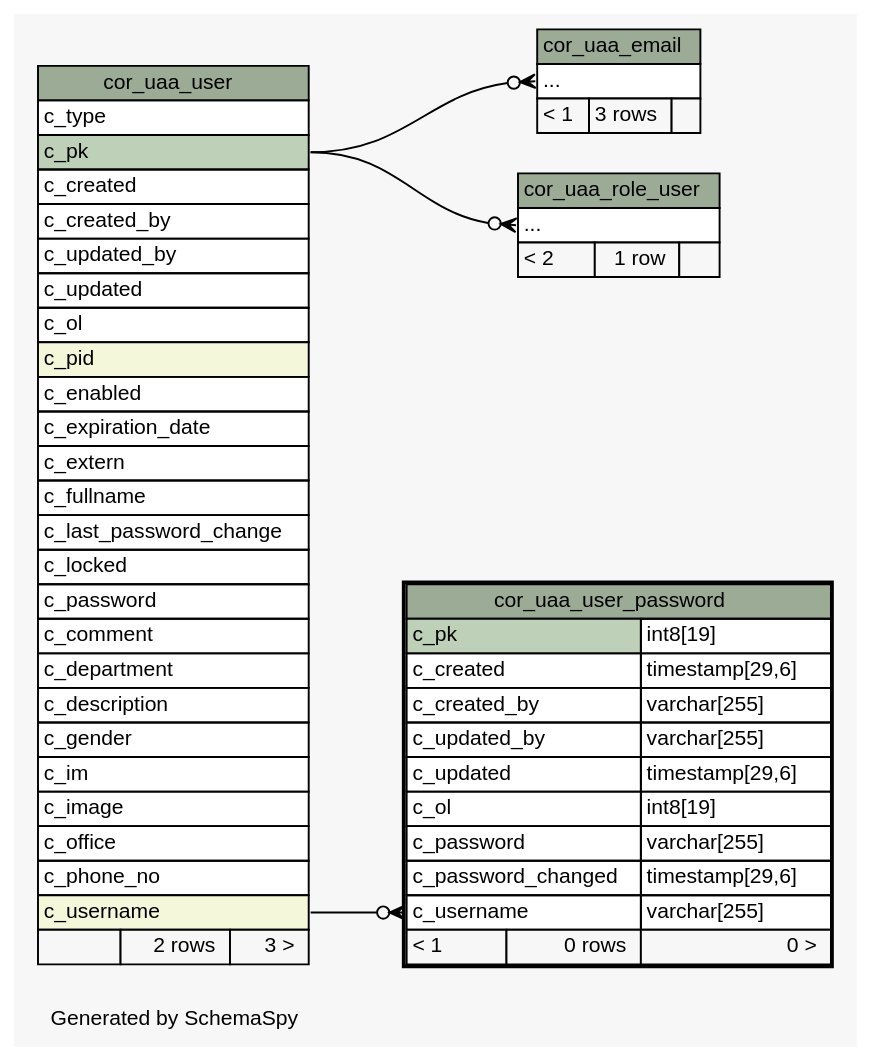
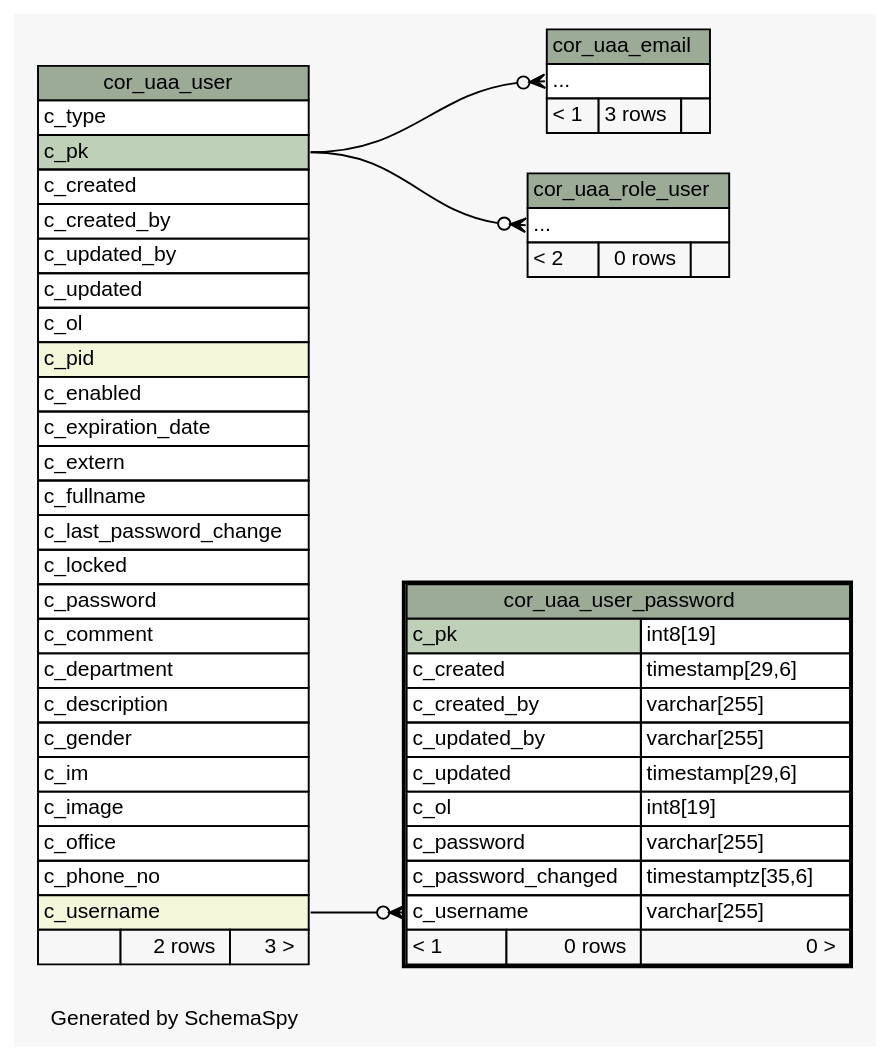
The diagram in 2.0.0-SNAPSHOT/schemaspy/diagrams/cor_uaa_user_password.2degrees.dot (openwms/org.openwms.core.uaa.lib), drawn with Graphviz before and after one commit. The commit also changed 236 other files, not shown here.

```diff
--- a/2.0.0-SNAPSHOT/schemaspy/diagrams/cor_uaa_user_password.2degrees.dot
+++ b/2.0.0-SNAPSHOT/schemaspy/diagrams/cor_uaa_user_password.2degrees.dot
@@ -1,96 +1,96 @@
-// dot 2.43.0 on Linux 6.5.0-1016-azure
+// dot 2.43.0 on Linux 6.5.0-1022-azure
 // SchemaSpy rev Unknown
 digraph "twoDegreesRelationshipsDiagram" {
   graph [
     rankdir="RL"
     bgcolor="#f7f7f7"
     label="\nGenerated by SchemaSpy"
     labeljust="l"
     nodesep="0.18"
     ranksep="0.46"
     fontname="Helvetica"
     fontsize="11"
   ];
   node [
     fontname="Helvetica"
     fontsize="11"
     shape="plaintext"
   ];
   edge [
     arrowsize="0.8"
   ];
   "cor_uaa_email":"elipses":w -> "cor_uaa_user":"c_pk":e [arrowhead=none dir=back arrowtail=crowodot];
   "cor_uaa_role_user":"elipses":w -> "cor_uaa_user":"c_pk":e [arrowhead=none dir=back arrowtail=crowodot];
   "cor_uaa_user_password":"c_username":w -> "cor_uaa_user":"c_username":e [arrowhead=none dir=back arrowtail=crowodot];
   "cor_uaa_email" [
     label=<
     <TABLE BORDER="0" CELLBORDER="1" CELLSPACING="0" BGCOLOR="#ffffff">
       <TR><TD COLSPAN="3" BGCOLOR="#9bab96" ALIGN="CENTER">cor_uaa_email</TD></TR>
       <TR><TD PORT="elipses" COLSPAN="3" ALIGN="LEFT">...</TD></TR>
       <TR><TD ALIGN="LEFT" BGCOLOR="#f7f7f7">&lt; 1</TD><TD ALIGN="RIGHT" BGCOLOR="#f7f7f7">3 rows</TD><TD ALIGN="RIGHT" BGCOLOR="#f7f7f7">  </TD></TR>
     </TABLE>>
     URL="cor_uaa_email.html"
     tooltip="cor_uaa_email"
   ];
   "cor_uaa_role_user" [
     label=<
     <TABLE BORDER="0" CELLBORDER="1" CELLSPACING="0" BGCOLOR="#ffffff">
       <TR><TD COLSPAN="3" BGCOLOR="#9bab96" ALIGN="CENTER">cor_uaa_role_user</TD></TR>
       <TR><TD PORT="elipses" COLSPAN="3" ALIGN="LEFT">...</TD></TR>
-      <TR><TD ALIGN="LEFT" BGCOLOR="#f7f7f7">&lt; 2</TD><TD ALIGN="RIGHT" BGCOLOR="#f7f7f7">1 row</TD><TD ALIGN="RIGHT" BGCOLOR="#f7f7f7">  </TD></TR>
+      <TR><TD ALIGN="LEFT" BGCOLOR="#f7f7f7">&lt; 2</TD><TD ALIGN="RIGHT" BGCOLOR="#f7f7f7">0 rows</TD><TD ALIGN="RIGHT" BGCOLOR="#f7f7f7">  </TD></TR>
     </TABLE>>
     URL="cor_uaa_role_user.html"
     tooltip="cor_uaa_role_user"
   ];
   "cor_uaa_user" [
     label=<
     <TABLE BORDER="0" CELLBORDER="1" CELLSPACING="0" BGCOLOR="#ffffff">
       <TR><TD COLSPAN="3" BGCOLOR="#9bab96" ALIGN="CENTER">cor_uaa_user</TD></TR>
       <TR><TD PORT="c_type" COLSPAN="3" ALIGN="LEFT">c_type</TD></TR>
       <TR><TD PORT="c_pk" COLSPAN="3" BGCOLOR="#bed1b8" ALIGN="LEFT">c_pk</TD></TR>
       <TR><TD PORT="c_created" COLSPAN="3" ALIGN="LEFT">c_created</TD></TR>
       <TR><TD PORT="c_created_by" COLSPAN="3" ALIGN="LEFT">c_created_by</TD></TR>
       <TR><TD PORT="c_updated_by" COLSPAN="3" ALIGN="LEFT">c_updated_by</TD></TR>
       <TR><TD PORT="c_updated" COLSPAN="3" ALIGN="LEFT">c_updated</TD></TR>
       <TR><TD PORT="c_ol" COLSPAN="3" ALIGN="LEFT">c_ol</TD></TR>
       <TR><TD PORT="c_pid" COLSPAN="3" BGCOLOR="#f4f7da" ALIGN="LEFT">c_pid</TD></TR>
       <TR><TD PORT="c_enabled" COLSPAN="3" ALIGN="LEFT">c_enabled</TD></TR>
       <TR><TD PORT="c_expiration_date" COLSPAN="3" ALIGN="LEFT">c_expiration_date</TD></TR>
       <TR><TD PORT="c_extern" COLSPAN="3" ALIGN="LEFT">c_extern</TD></TR>
       <TR><TD PORT="c_fullname" COLSPAN="3" ALIGN="LEFT">c_fullname</TD></TR>
       <TR><TD PORT="c_last_password_change" COLSPAN="3" ALIGN="LEFT">c_last_password_change</TD></TR>
       <TR><TD PORT="c_locked" COLSPAN="3" ALIGN="LEFT">c_locked</TD></TR>
       <TR><TD PORT="c_password" COLSPAN="3" ALIGN="LEFT">c_password</TD></TR>
       <TR><TD PORT="c_comment" COLSPAN="3" ALIGN="LEFT">c_comment</TD></TR>
       <TR><TD PORT="c_department" COLSPAN="3" ALIGN="LEFT">c_department</TD></TR>
       <TR><TD PORT="c_description" COLSPAN="3" ALIGN="LEFT">c_description</TD></TR>
       <TR><TD PORT="c_gender" COLSPAN="3" ALIGN="LEFT">c_gender</TD></TR>
       <TR><TD PORT="c_im" COLSPAN="3" ALIGN="LEFT">c_im</TD></TR>
       <TR><TD PORT="c_image" COLSPAN="3" ALIGN="LEFT">c_image</TD></TR>
       <TR><TD PORT="c_office" COLSPAN="3" ALIGN="LEFT">c_office</TD></TR>
       <TR><TD PORT="c_phone_no" COLSPAN="3" ALIGN="LEFT">c_phone_no</TD></TR>
       <TR><TD PORT="c_username" COLSPAN="3" BGCOLOR="#f4f7da" ALIGN="LEFT">c_username</TD></TR>
       <TR><TD ALIGN="LEFT" BGCOLOR="#f7f7f7">  </TD><TD ALIGN="RIGHT" BGCOLOR="#f7f7f7">2 rows</TD><TD ALIGN="RIGHT" BGCOLOR="#f7f7f7">3 &gt;</TD></TR>
     </TABLE>>
     URL="cor_uaa_user.html"
     tooltip="cor_uaa_user"
   ];
   "cor_uaa_user_password" [
     label=<
     <TABLE BORDER="2" CELLBORDER="1" CELLSPACING="0" BGCOLOR="#ffffff">
       <TR><TD COLSPAN="3" BGCOLOR="#9bab96" ALIGN="CENTER">cor_uaa_user_password</TD></TR>
       <TR><TD PORT="c_pk" COLSPAN="2" BGCOLOR="#bed1b8" ALIGN="LEFT">c_pk</TD><TD PORT="c_pk.type" ALIGN="LEFT">int8[19]</TD></TR>
       <TR><TD PORT="c_created" COLSPAN="2" ALIGN="LEFT">c_created</TD><TD PORT="c_created.type" ALIGN="LEFT">timestamp[29,6]</TD></TR>
       <TR><TD PORT="c_created_by" COLSPAN="2" ALIGN="LEFT">c_created_by</TD><TD PORT="c_created_by.type" ALIGN="LEFT">varchar[255]</TD></TR>
       <TR><TD PORT="c_updated_by" COLSPAN="2" ALIGN="LEFT">c_updated_by</TD><TD PORT="c_updated_by.type" ALIGN="LEFT">varchar[255]</TD></TR>
       <TR><TD PORT="c_updated" COLSPAN="2" ALIGN="LEFT">c_updated</TD><TD PORT="c_updated.type" ALIGN="LEFT">timestamp[29,6]</TD></TR>
       <TR><TD PORT="c_ol" COLSPAN="2" ALIGN="LEFT">c_ol</TD><TD PORT="c_ol.type" ALIGN="LEFT">int8[19]</TD></TR>
       <TR><TD PORT="c_password" COLSPAN="2" ALIGN="LEFT">c_password</TD><TD PORT="c_password.type" ALIGN="LEFT">varchar[255]</TD></TR>
-      <TR><TD PORT="c_password_changed" COLSPAN="2" ALIGN="LEFT">c_password_changed</TD><TD PORT="c_password_changed.type" ALIGN="LEFT">timestamp[29,6]</TD></TR>
+      <TR><TD PORT="c_password_changed" COLSPAN="2" ALIGN="LEFT">c_password_changed</TD><TD PORT="c_password_changed.type" ALIGN="LEFT">timestamptz[35,6]</TD></TR>
       <TR><TD PORT="c_username" COLSPAN="2" ALIGN="LEFT">c_username</TD><TD PORT="c_username.type" ALIGN="LEFT">varchar[255]</TD></TR>
       <TR><TD ALIGN="LEFT" BGCOLOR="#f7f7f7">&lt; 1</TD><TD ALIGN="RIGHT" BGCOLOR="#f7f7f7">0 rows</TD><TD ALIGN="RIGHT" BGCOLOR="#f7f7f7">0 &gt;</TD></TR>
     </TABLE>>
     URL="cor_uaa_user_password.html"
     tooltip="cor_uaa_user_password"
   ];
 }
```
